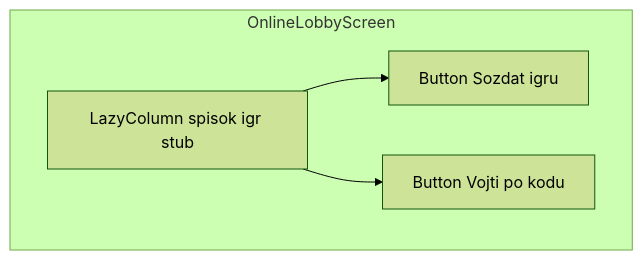
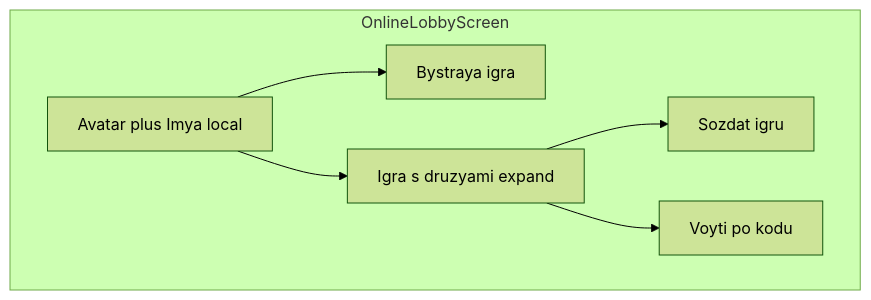
The eighth of 12 diagrams in docs/architecture/navigation-and-screens.md (ivanbogomoloff/fool-card-game), drawn with Mermaid (forest theme) before and after one commit. The commit also changed other lines of this file and 45 other files, not shown here.

````diff
--- a/docs/architecture/navigation-and-screens.md
+++ b/docs/architecture/navigation-and-screens.md
@@ -121,10 +125,14 @@
 ```mermaid
 flowchart TB
     subgraph onlineLobby [OnlineLobbyScreen]
-        GameList[LazyColumn spisok igr stub]
-        BtnCreate[Button Sozdat igru]
-        BtnJoin[Button Vojti po kodu]
+        ProfileLocal[Avatar plus Imya local]
+        BtnQuick[Bystraya igra]
+        BtnFriends[Igra s druzyami expand]
+        BtnCreate[Sozdat igru]
+        BtnJoin[Voyti po kodu]
     end
-    GameList --> BtnCreate
-    GameList --> BtnJoin
+    ProfileLocal --> BtnQuick
+    ProfileLocal --> BtnFriends
+    BtnFriends --> BtnCreate
+    BtnFriends --> BtnJoin
 ```
````
